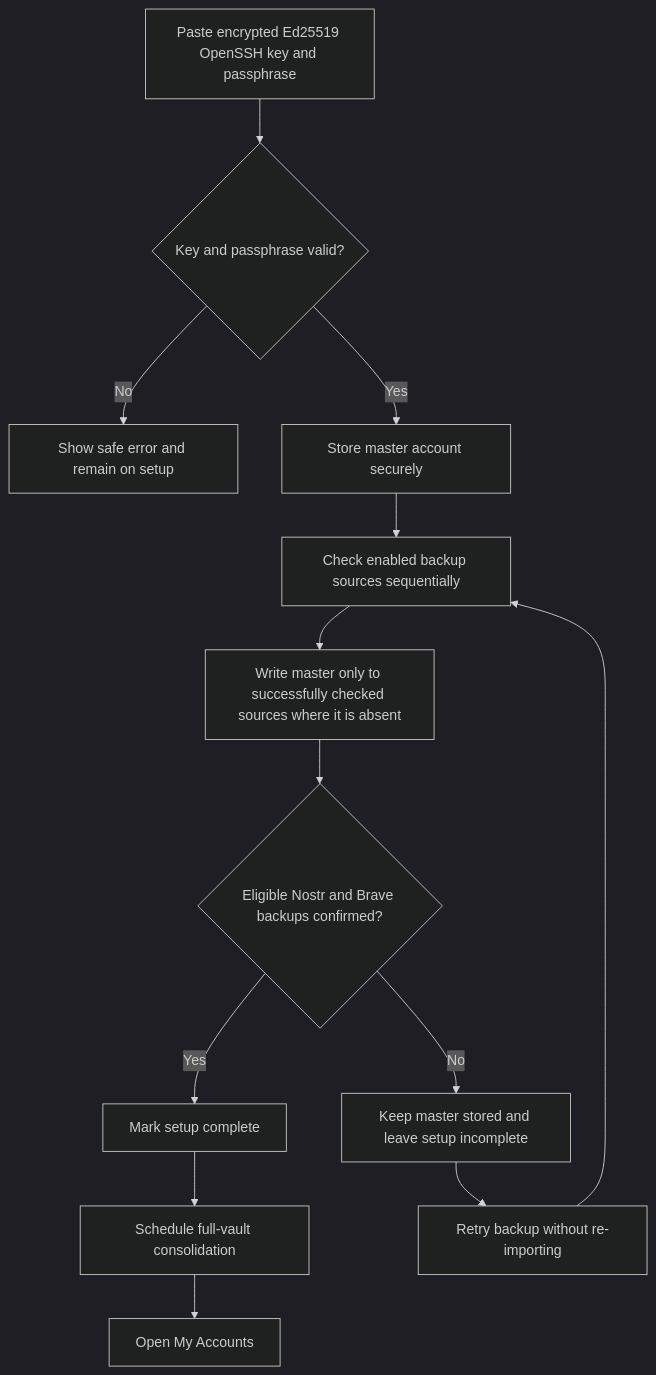
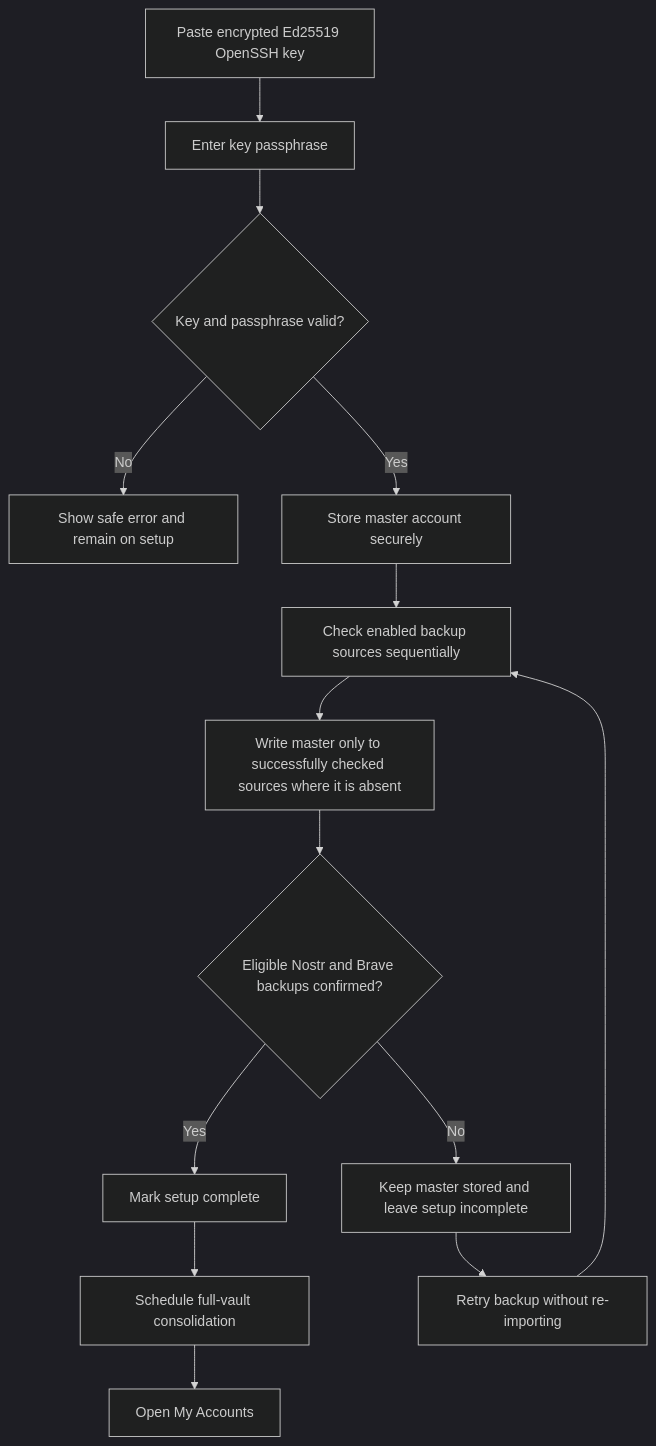
Before and after one commit to ZenTenApp/vault-kotlin: the second of 6 diagrams in docs/stakeholder/flowcharts.md, drawn with Mermaid (dark theme). The commit also changed 3 other files, not shown here.

````diff
--- a/docs/stakeholder/flowcharts.md
+++ b/docs/stakeholder/flowcharts.md
@@ -29,15 +29,16 @@
 ```mermaid
 flowchart TD
-    Start["Paste encrypted Ed25519 OpenSSH key and passphrase"] --> Validate{"Key and passphrase valid?"}
+    Start["Paste encrypted Ed25519 OpenSSH key"] --> Passphrase["Enter key passphrase"]
+    Passphrase --> Validate{"Key and passphrase valid?"}
     Validate -->|No| Error["Show safe error and remain on setup"]
     Validate -->|Yes| Store["Store master account securely"]
     Store --> Sources["Check enabled backup sources sequentially"]
     Sources --> Missing["Write master only to successfully checked sources where it is absent"]
     Missing --> Quorum{"Eligible Nostr and Brave backups confirmed?"}
     Quorum -->|Yes| Complete["Mark setup complete"]
     Complete --> Schedule["Schedule full-vault consolidation"]
     Schedule --> Accounts["Open My Accounts"]
     Quorum -->|No| Incomplete["Keep master stored and leave setup incomplete"]
     Incomplete --> Retry["Retry backup without re-importing"]
     Retry --> Sources
 ```
````
